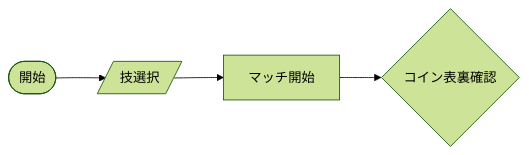
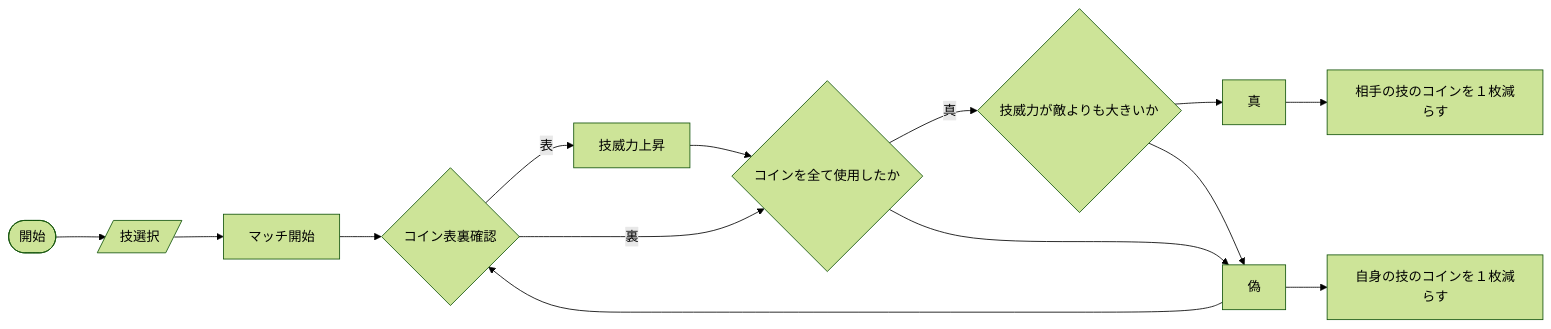
Before and after one commit to tpu-game-2023/mermaid_test: the first of 3 diagrams in README.md, drawn with Mermaid (forest theme).

Commit message:
見取り図Gまで確認

````diff
--- a/README.md
+++ b/README.md
@@ -20,7 +20,14 @@
 ```mermaid
 flowchart LR;
    A([開始]) --> B[/技選択/];
    B --> C[マッチ開始];
    C --> D{コイン表裏確認};
+   D --表-->E[技威力上昇];
+   D --裏--> F{コインを全て使用したか};
+   E-->F;
+   F--真-->G{技威力が敵よりも大きいか};
+   F-->偽-->D;
+   G-->真-->H[相手の技のコインを１枚減らす];
+   G-->偽-->I[自身の技のコインを１枚減らす];
    
 ```
````
